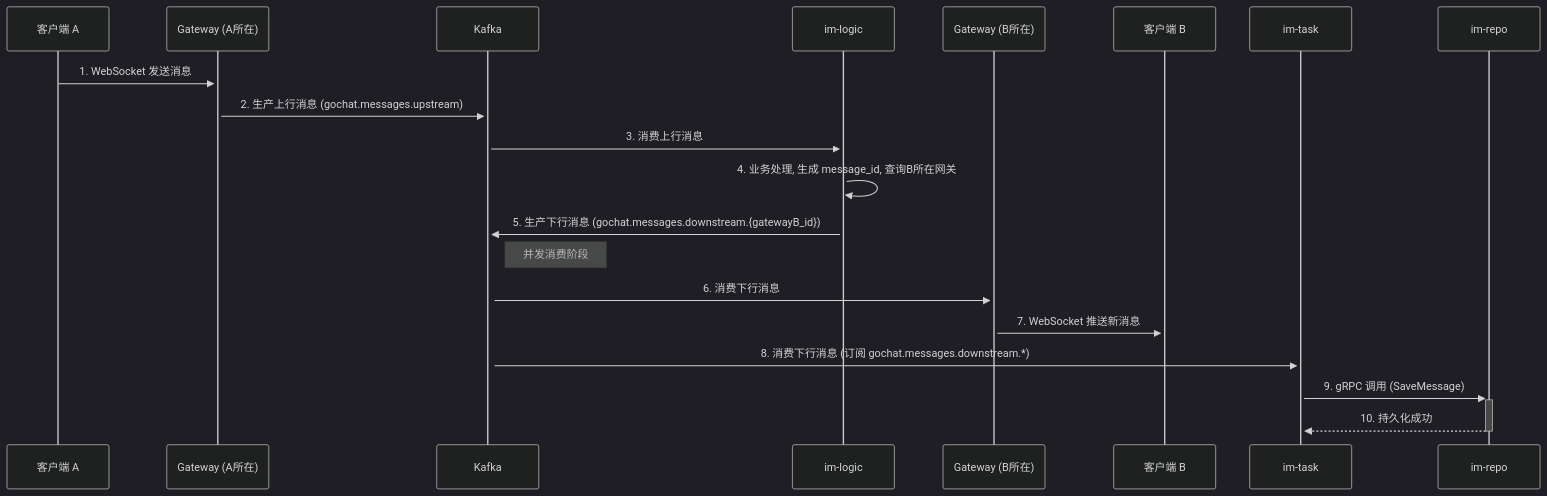
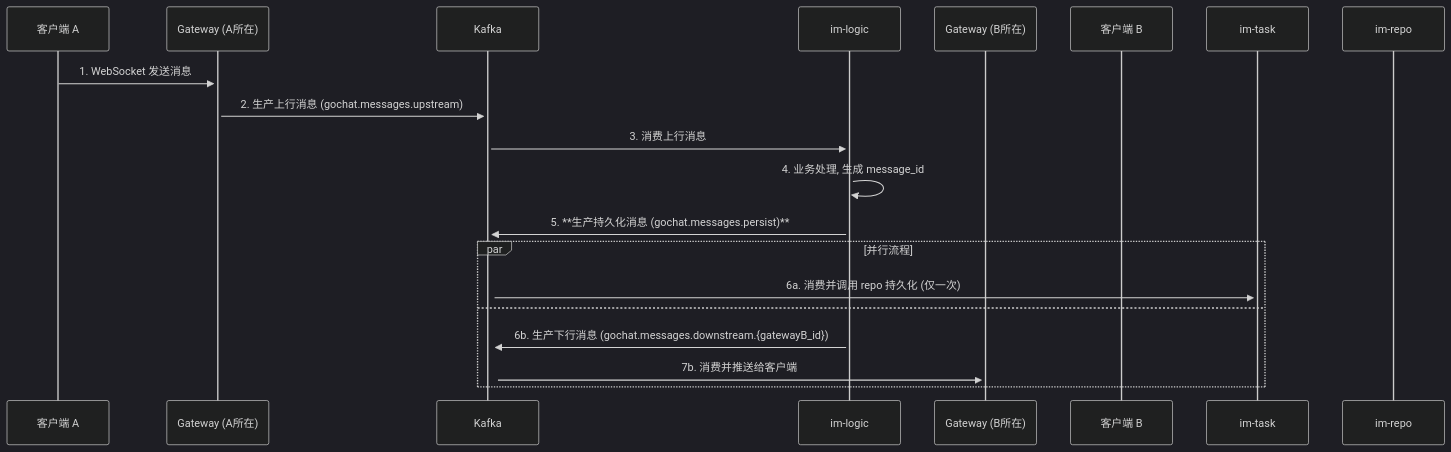
The second of 3 diagrams in docs/01_architecture/02_dataflow.md (ceyewan/gochat), drawn with Mermaid (dark theme) before and after one commit. The commit also changed other lines of this file and 1 other file, not shown here.

Commit message:
修复 kafka 主题与持久化

````diff
--- a/docs/01_architecture/02_dataflow.md
+++ b/docs/01_architecture/02_dataflow.md
@@ -38,26 +38,27 @@
 ```mermaid
 sequenceDiagram
     participant ClientA as 客户端 A
     participant GatewayA as Gateway (A所在)
     participant Kafka as Kafka
     participant Logic as im-logic
     participant GatewayB as Gateway (B所在)
     participant ClientB as 客户端 B
     participant Task as im-task
     participant Repo as im-repo
 
     ClientA->>+GatewayA: 1. WebSocket 发送消息
     GatewayA->>+Kafka: 2. 生产上行消息 (gochat.messages.upstream)
 
     Kafka->>+Logic: 3. 消费上行消息
-    Logic->>Logic: 4. 业务处理, 生成 message_id, 查询B所在网关
-    Logic->>+Kafka: 5. 生产下行消息 (gochat.messages.downstream.{gatewayB_id})
+    Logic->>Logic: 4. 业务处理, 生成 message_id
     
-    note right of Kafka: 并发消费阶段
-    Kafka->>+GatewayB: 6. 消费下行消息
-    GatewayB->>+ClientB: 7. WebSocket 推送新消息
+    Logic->>+Kafka: 5. **生产持久化消息 (gochat.messages.persist)**
     
-    Kafka->>+Task: 8. 消费下行消息 (订阅 gochat.messages.downstream.*)
-    Task->>+Repo: 9. gRPC 调用 (SaveMessage)
-    Repo-->>-Task: 10. 持久化成功
+    par 并行流程
+        Kafka->>+Task: 6a. 消费并调用 repo 持久化 (仅一次)
+        
+    and
+        Logic->>+Kafka: 6b. 生产下行消息 (gochat.messages.downstream.{gatewayB_id})
+        Kafka->>+GatewayB: 7b. 消费并推送给客户端
+    end
 ```
````
